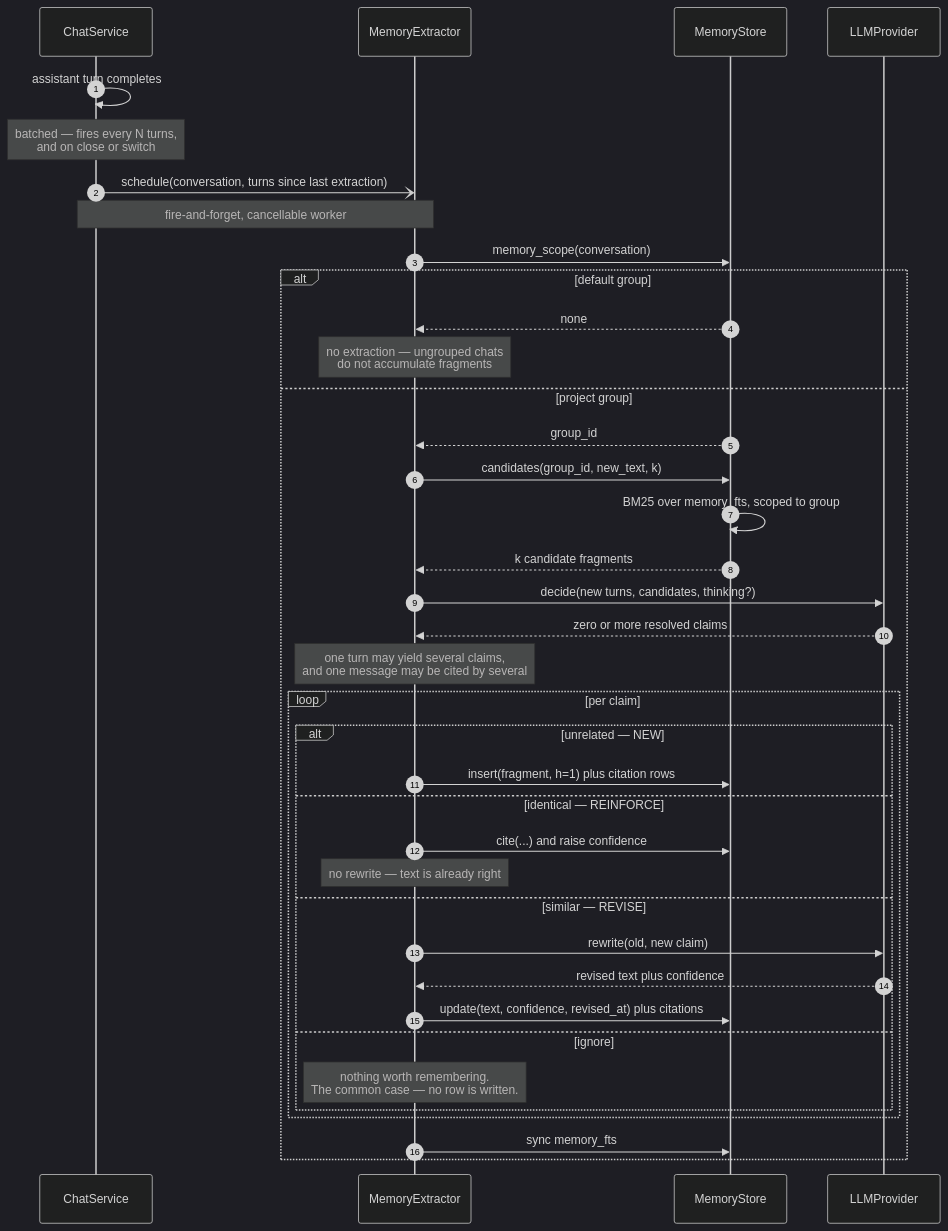
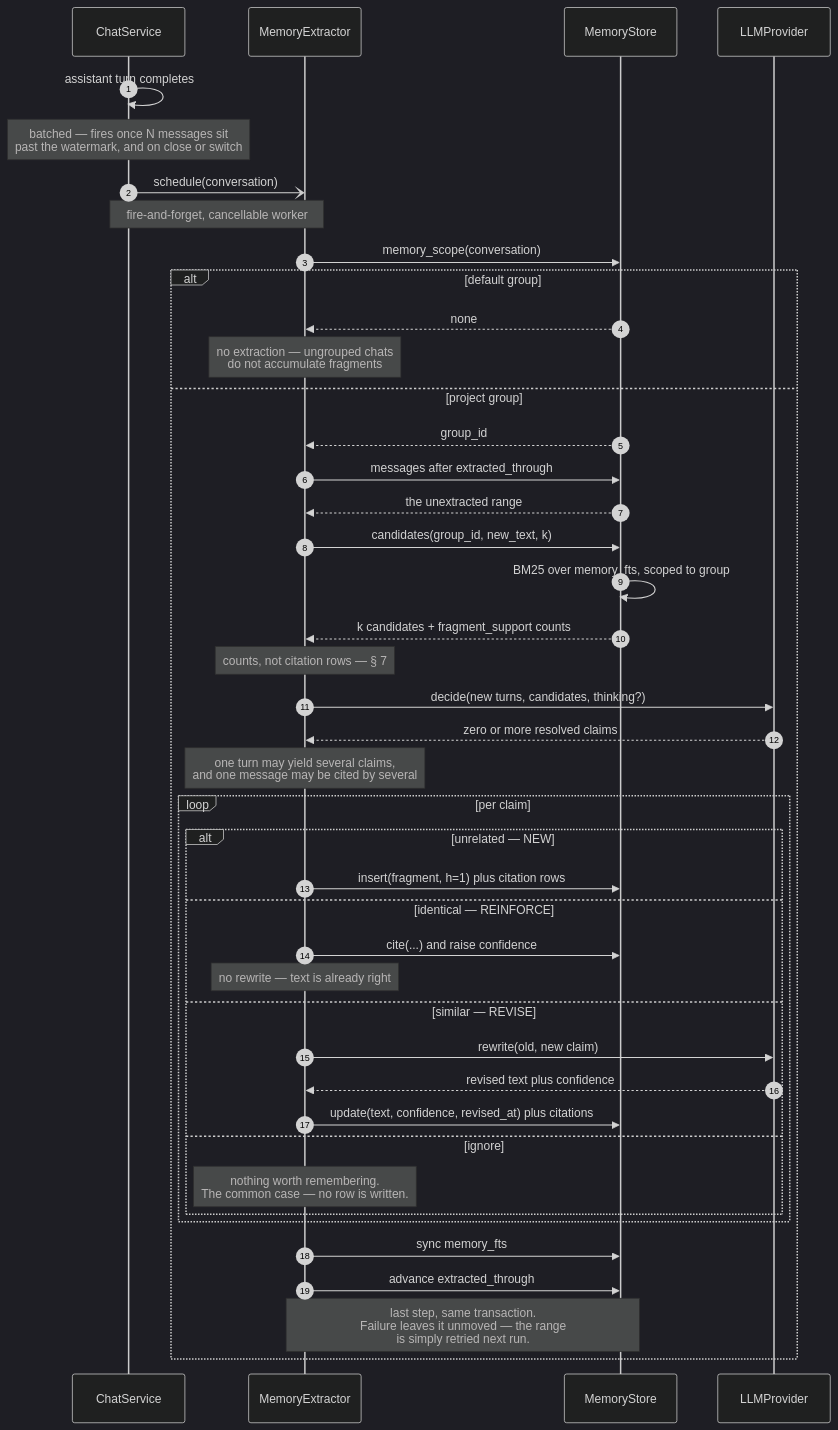
Before and after one commit to Alorcus/agent_project: the fifth of 11 diagrams in docs/plans/memory-and-groups.md, drawn with Mermaid (dark theme). The commit also changed other lines of this file, not shown here.

````diff
--- a/docs/plans/memory-and-groups.md
+++ b/docs/plans/memory-and-groups.md
@@ -385,45 +395,50 @@
 ```mermaid
 sequenceDiagram
     autonumber
     participant Chat as ChatService
     participant Ex as MemoryExtractor
     participant Store as MemoryStore
     participant LLM as LLMProvider
 
     Chat->>Chat: assistant turn completes
-    Note over Chat: batched — fires every N turns,<br/>and on close or switch
-    Chat-)Ex: schedule(conversation, turns since last extraction)
+    Note over Chat: batched — fires once N messages sit<br/>past the watermark, and on close or switch
+    Chat-)Ex: schedule(conversation)
     Note over Chat,Ex: fire-and-forget, cancellable worker
 
     Ex->>Store: memory_scope(conversation)
     alt default group
         Store-->>Ex: none
         Note over Ex: no extraction — ungrouped chats<br/>do not accumulate fragments
     else project group
         Store-->>Ex: group_id
+        Ex->>Store: messages after extracted_through
+        Store-->>Ex: the unextracted range
         Ex->>Store: candidates(group_id, new_text, k)
         Store->>Store: BM25 over memory_fts, scoped to group
-        Store-->>Ex: k candidate fragments
+        Store-->>Ex: k candidates + fragment_support counts
+        Note over Ex: counts, not citation rows — § 7 #7
 
         Ex->>LLM: decide(new turns, candidates, thinking?)
         LLM-->>Ex: zero or more resolved claims
         Note over Ex: one turn may yield several claims,<br/>and one message may be cited by several
 
         loop per claim
             alt unrelated — NEW
                 Ex->>Store: insert(fragment, h=1) plus citation rows
             else identical — REINFORCE
                 Ex->>Store: cite(...) and raise confidence
                 Note over Ex: no rewrite — text is already right
             else similar — REVISE
                 Ex->>LLM: rewrite(old, new claim)
                 LLM-->>Ex: revised text plus confidence
                 Ex->>Store: update(text, confidence, revised_at) plus citations
             else ignore
                 Note over Ex: nothing worth remembering.<br/>The common case — no row is written.
             end
         end
 
         Ex->>Store: sync memory_fts
+        Ex->>Store: advance extracted_through
+        Note over Ex,Store: last step, same transaction.<br/>Failure leaves it unmoved — the range<br/>is simply retried next run.
     end
 ```
````
